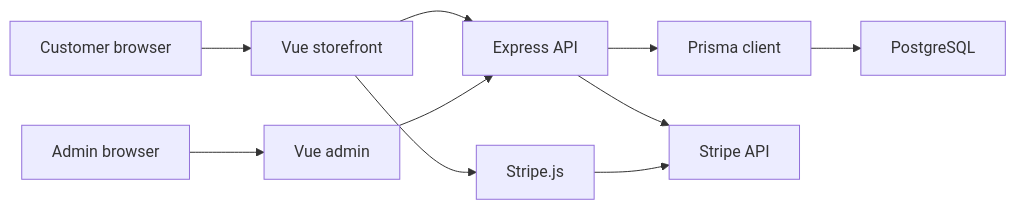
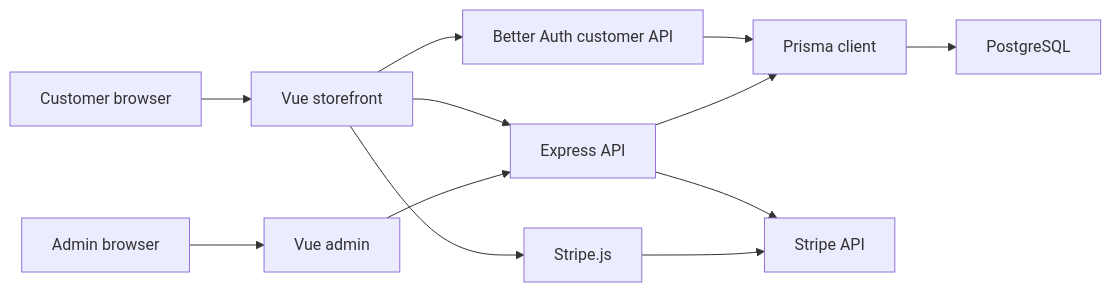
The diagram in doggy_ent_vue/docs/architecture/README.md (alvarezaaronAI/doggy-ent), drawn with Mermaid before and after one commit. The commit also changed other lines of this file and 67 other files, not shown here.

First line of the commit message:
feat(accounts): refine Better Auth customer experience

````diff
--- a/doggy_ent_vue/docs/architecture/README.md
+++ b/doggy_ent_vue/docs/architecture/README.md
@@ -11,12 +11,14 @@
 ```mermaid
 flowchart LR
   Customer["Customer browser"] --> Storefront["Vue storefront"]
   Admin["Admin browser"] --> AdminApp["Vue admin"]
   Storefront --> Api["Express API"]
   AdminApp --> Api
+  Storefront --> CustomerAuth["Better Auth customer API"]
+  CustomerAuth --> Prisma
   Api --> Prisma["Prisma client"]
   Prisma --> DB["PostgreSQL"]
   Api --> Stripe["Stripe API"]
   Storefront --> StripeJS["Stripe.js"]
   StripeJS --> Stripe
 ```
````
